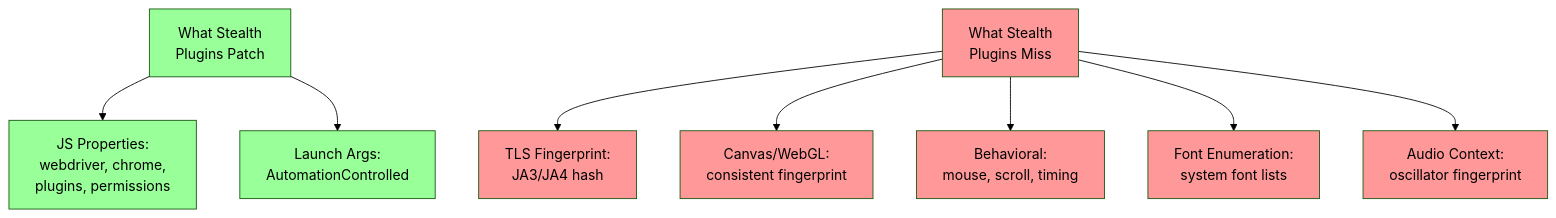
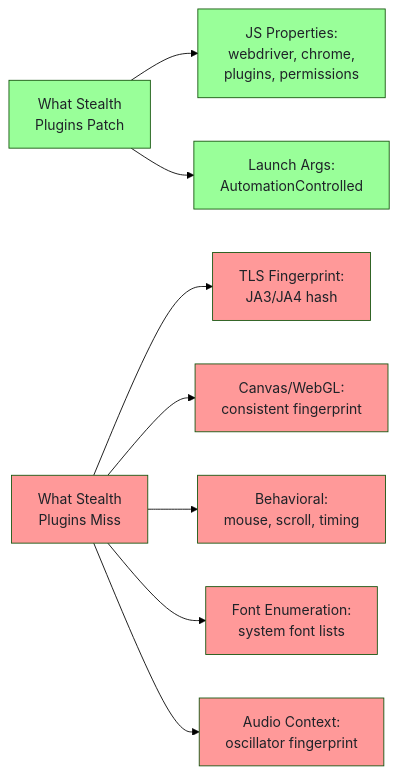
One commit to bytetunnels/bytetunnels.github.com changed the second of 4 diagrams in _posts/2026-02-16-undetected-playwright-vs-playwright-stealth-which-plugin.md. Above: the diagram before and after it, drawn with Mermaid (forest theme). The commit also changed other lines of this file and 118 other files, not shown here.

Commit message:
feat: improve diagram styling and compact wide flowcharts

````diff
--- a/_posts/2026-02-16-undetected-playwright-vs-playwright-stealth-which-plugin.md
+++ b/_posts/2026-02-16-undetected-playwright-vs-playwright-stealth-which-plugin.md
@@ -395,21 +395,21 @@
 ```mermaid
-graph TD
-    A[What Stealth<br>Plugins Patch] --> B["JS Properties:<br>webdriver, chrome,<br>plugins, permissions"]
-    A --> C["Launch Args:<br>AutomationControlled"]
+graph LR
+    A["What Stealth<br/>Plugins Patch"] --> B["JS Properties:<br/>webdriver, chrome,<br/>plugins, permissions"]
+    A --> C["Launch Args:<br/>AutomationControlled"]
 
-    D[What Stealth<br>Plugins Miss] --> E["TLS Fingerprint:<br>JA3/JA4 hash"]
-    D --> F["Canvas/WebGL:<br>consistent fingerprint"]
-    D --> G["Behavioral:<br>mouse, scroll, timing"]
-    D --> H["Font Enumeration:<br>system font lists"]
-    D --> I["Audio Context:<br>oscillator fingerprint"]
+    D["What Stealth<br/>Plugins Miss"] --> E["TLS Fingerprint:<br/>JA3/JA4 hash"]
+    D --> F["Canvas/WebGL:<br/>consistent fingerprint"]
+    D --> G["Behavioral:<br/>mouse, scroll, timing"]
+    D --> H["Font Enumeration:<br/>system font lists"]
+    D --> I["Audio Context:<br/>oscillator fingerprint"]
 
-    style A fill:#99ff99
-    style B fill:#99ff99
-    style C fill:#99ff99
-    style D fill:#ff9999
-    style E fill:#ff9999
-    style F fill:#ff9999
-    style G fill:#ff9999
-    style H fill:#ff9999
-    style I fill:#ff9999
+    style A fill:#99ff99,color:#1f2328
+    style B fill:#99ff99,color:#1f2328
+    style C fill:#99ff99,color:#1f2328
+    style D fill:#ff9999,color:#1f2328
+    style E fill:#ff9999,color:#1f2328
+    style F fill:#ff9999,color:#1f2328
+    style G fill:#ff9999,color:#1f2328
+    style H fill:#ff9999,color:#1f2328
+    style I fill:#ff9999,color:#1f2328
 ```
````
